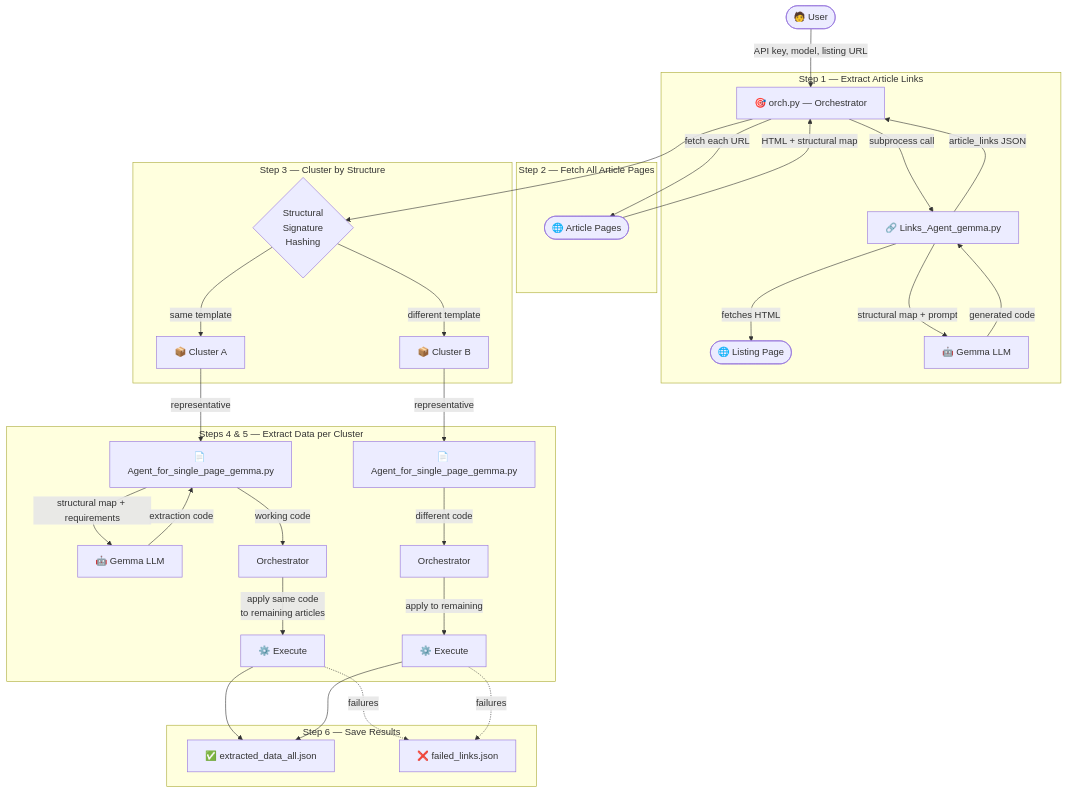
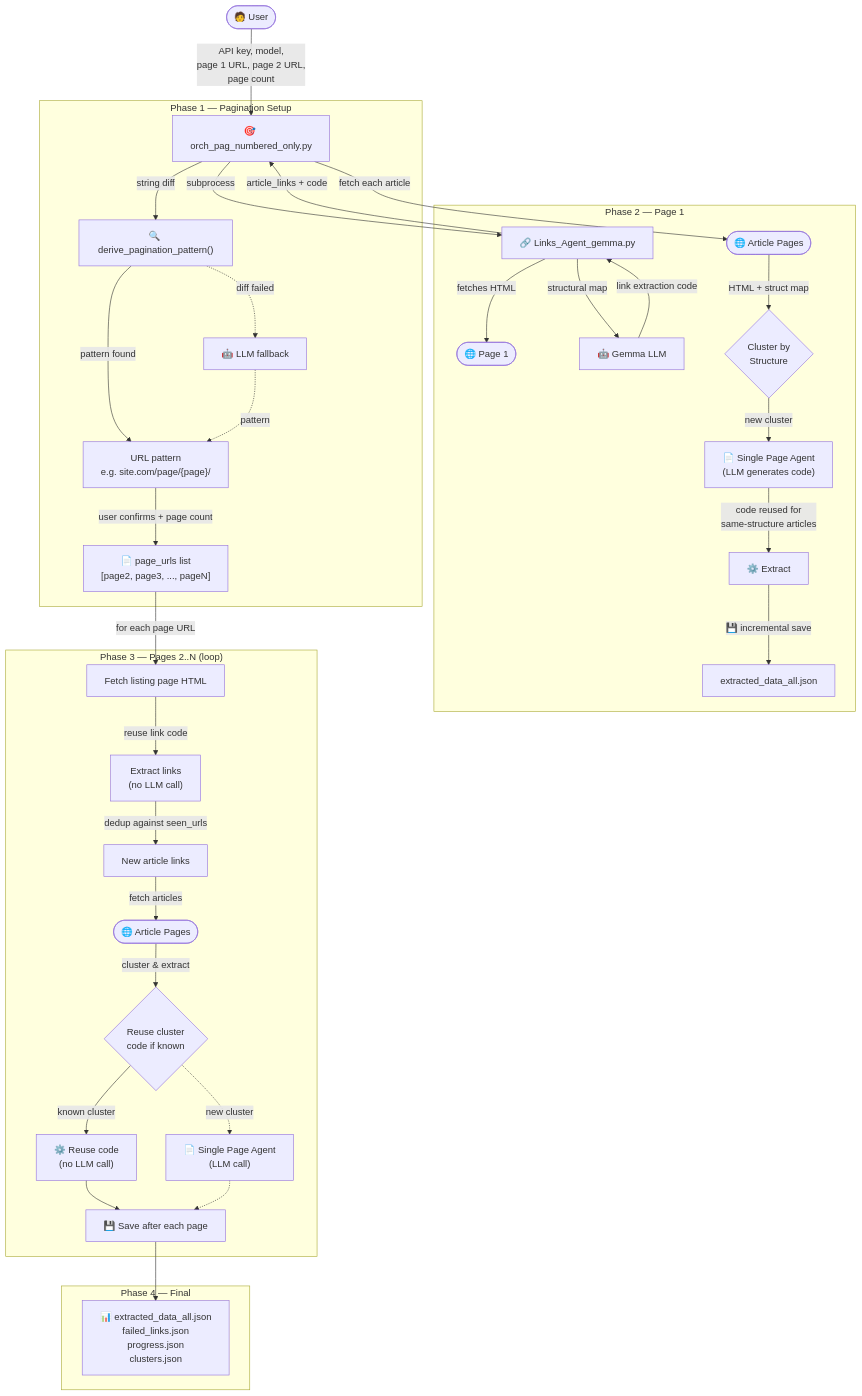
The diagram in README.md (Aml-Hassan-Abd-El-hamid/AI-Agent-for-Web-Scraping), drawn with Mermaid before and after one commit. The commit also changed other lines of this file and 3 other files, not shown here.

Commit message:
pag_numbers_only

````diff
--- a/README.md
+++ b/README.md
@@ -48,42 +76,42 @@
 ```mermaid
 flowchart TD
-    User([🧑 User]) -->|API key, model, listing URL| Orch[🎯 orch.py — Orchestrator]
+    User([🧑 User]) -->|API key, model,\npage 1 URL, page 2 URL,\npage count| Orch["🎯 orch_pag_numbered_only.py"]
 
-    subgraph Step1["Step 1 — Extract Article Links"]
-        Orch -->|subprocess call| LinksAgent[🔗 Links_Agent_gemma.py]
-        LinksAgent -->|fetches HTML| ListingPage([🌐 Listing Page])
-        LinksAgent -->|structural map + prompt| Gemma1[🤖 Gemma LLM]
-        Gemma1 -->|generated code| LinksAgent
-        LinksAgent -->|article_links JSON| Orch
+    subgraph Phase1["Phase 1 — Pagination Setup"]
+        Orch -->|string diff| Diff["🔍 derive_pagination_pattern()"]
+        Diff -->|pattern found| Pattern["URL pattern\n e.g. site.com/page/{page}/"]
+        Diff -.->|diff failed| LLM_Fallback["🤖 LLM fallback"]
+        LLM_Fallback -.->|pattern| Pattern
+        Pattern -->|user confirms + page count| PageURLs["📄 page_urls list\n[page2, page3, ..., pageN]"]
     end
 
-    subgraph Step2["Step 2 — Fetch All Article Pages"]
-        Orch -->|fetch each URL| Articles([🌐 Article Pages])
-        Articles -->|HTML + structural map| Orch
+    subgraph Phase2["Phase 2 — Page 1"]
+        Orch -->|subprocess| LinksAgent["🔗 Links_Agent_gemma.py"]
+        LinksAgent -->|fetches HTML| ListingPage([🌐 Page 1])
+        LinksAgent -->|structural map| Gemma1[🤖 Gemma LLM]
+        Gemma1 -->|link extraction code| LinksAgent
+        LinksAgent -->|article_links + code| Orch
+
+        Orch -->|fetch each article| Articles1([🌐 Article Pages])
+        Articles1 -->|HTML + struct map| Cluster1{Cluster by\nStructure}
+        Cluster1 -->|new cluster| Agent1["📄 Single Page Agent\n(LLM generates code)"]
+        Agent1 -->|code reused for\nsame-structure articles| Extract1[⚙️ Extract]
+        Extract1 -->|💾 incremental save| Save1["extracted_data_all.json"]
     end
 
-    subgraph Step3["Step 3 — Cluster by Structure"]
-        Orch --> Cluster{Structural\nSignature\nHashing}
-        Cluster -->|same template| ClusterA[📦 Cluster A]
-        Cluster -->|different template| ClusterB[📦 Cluster B]
+    subgraph Phase3["Phase 3 — Pages 2..N (loop)"]
+        PageURLs -->|for each page URL| FetchPage["Fetch listing page HTML"]
+        FetchPage -->|reuse link code| ExtractLinks["Extract links\n(no LLM call)"]
+        ExtractLinks -->|dedup against seen_urls| NewLinks["New article links"]
+        NewLinks -->|fetch articles| Articles2([🌐 Article Pages])
+        Articles2 -->|cluster & extract| Cluster2{Reuse cluster\ncode if known}
+        Cluster2 -->|known cluster| Reuse["⚙️ Reuse code\n(no LLM call)"]
+        Cluster2 -.->|new cluster| Agent2["📄 Single Page Agent\n(LLM call)"]
+        Reuse --> Save2["💾 Save after each page"]
+        Agent2 -.-> Save2
     end
 
-    subgraph Step4["Steps 4 & 5 — Extract Data per Cluster"]
-        ClusterA -->|representative| SingleAgent1[📄 Agent_for_single_page_gemma.py]
-        SingleAgent1 -->|structural map + requirements| Gemma2[🤖 Gemma LLM]
-        Gemma2 -->|extraction code| SingleAgent1
-        SingleAgent1 -->|working code| Orch2[Orchestrator]
-        Orch2 -->|apply same code\nto remaining articles| Execute1[⚙️ Execute]
-
-        ClusterB -->|representative| SingleAgent2[📄 Agent_for_single_page_gemma.py]
-        SingleAgent2 -->|different code| Orch3[Orchestrator]
-        Orch3 -->|apply to remaining| Execute2[⚙️ Execute]
-    end
-
-    subgraph Step6["Step 6 — Save Results"]
-        Execute1 --> Success[✅ extracted_data_all.json]
-        Execute2 --> Success
-        Execute1 -.->|failures| Failures[❌ failed_links.json]
-        Execute2 -.->|failures| Failures
+    subgraph Phase4["Phase 4 — Final"]
+        Save2 --> Final["📊 extracted_data_all.json\nfailed_links.json\nprogress.json\nclusters.json"]
     end
 ```
````
